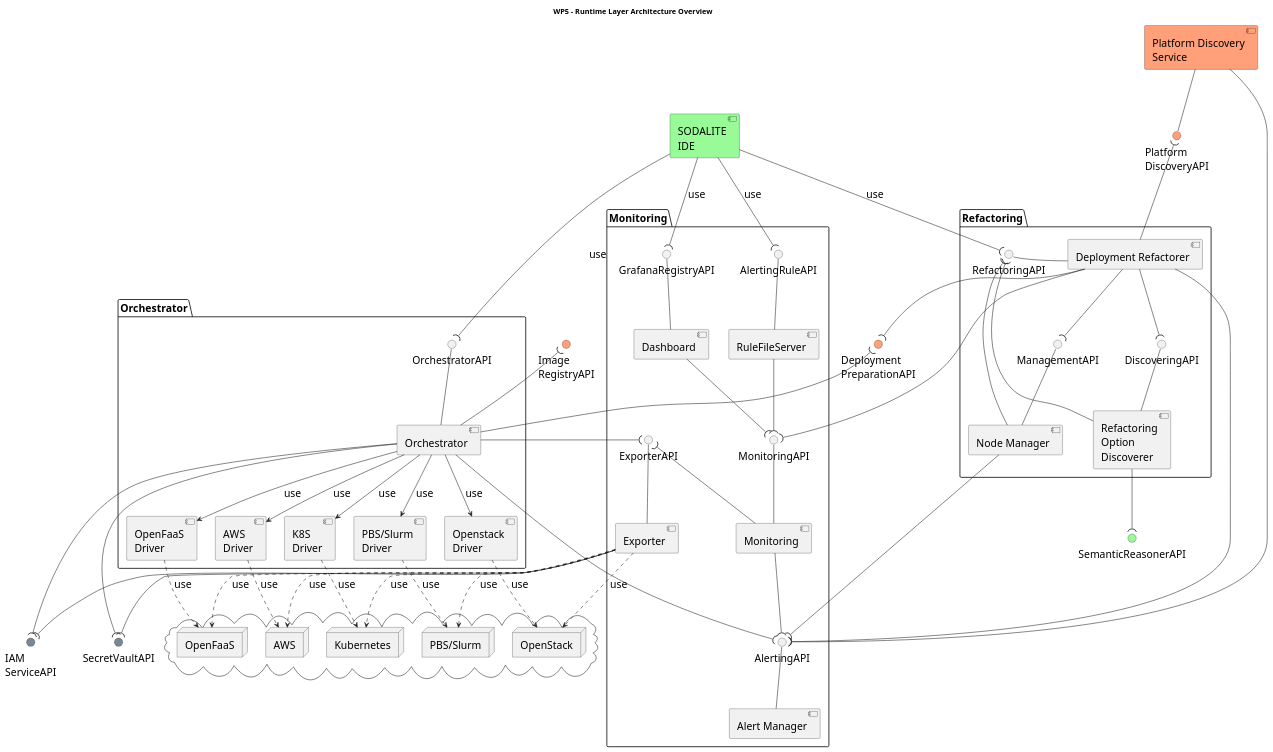
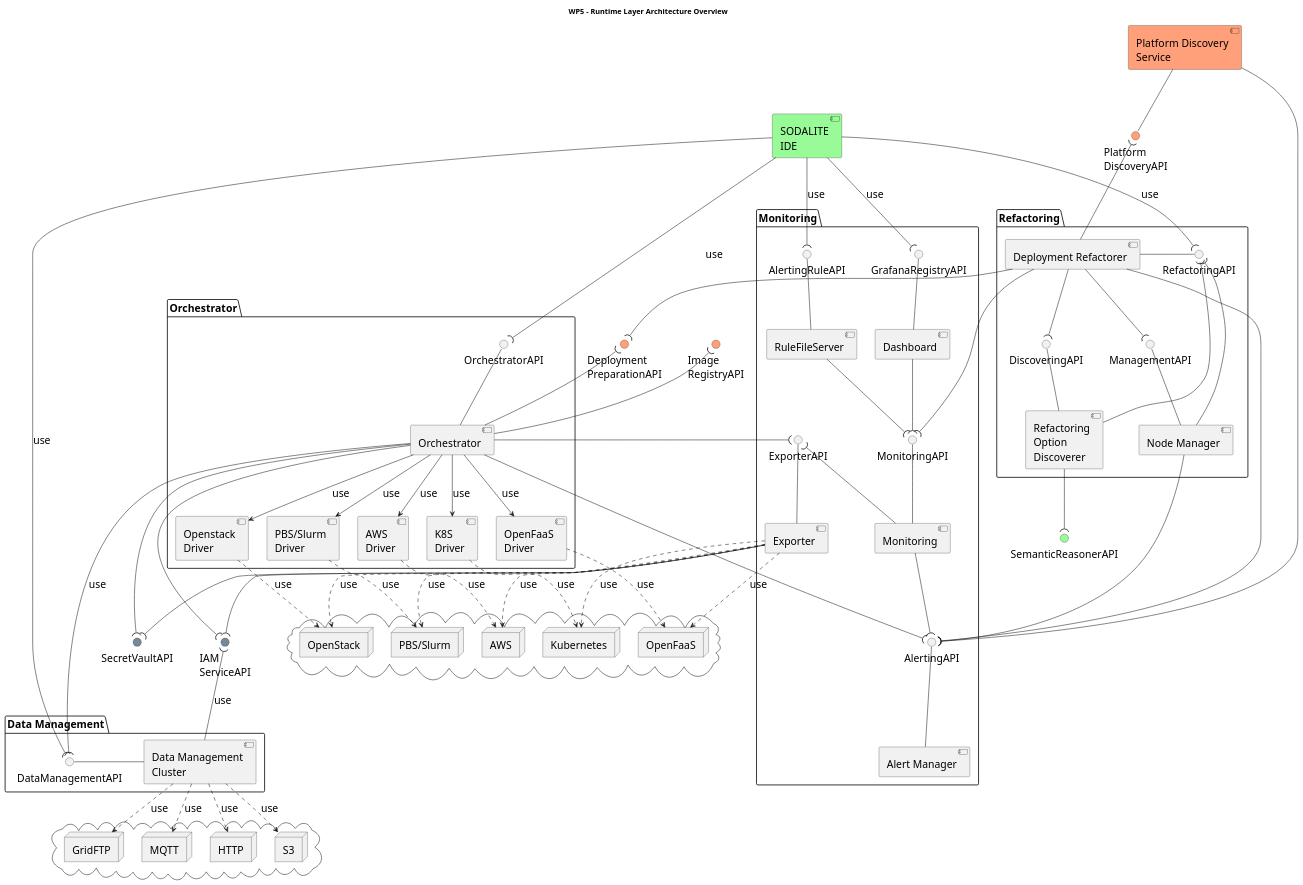
Before and after one commit to SODALITE-EU/project-wide-documentation: the diagram in uml/component-diagrams/CD-WP5-ArchitectureOverview.puml, drawn with PlantUML.

Commit message:
WP5 architecture, adding Data Management block

```diff
--- a/uml/component-diagrams/CD-WP5-ArchitectureOverview.puml
+++ b/uml/component-diagrams/CD-WP5-ArchitectureOverview.puml
@@ -1,128 +1,152 @@
 @startuml
 
 title WP5 - Runtime Layer Architecture Overview
 
 skinparam fixCircleLabelOverlapping true 
 skinparam defaultFontSize 20
 
 [SODALITE\nIDE] as ide #PaleGreen
 interface "SemanticReasonerAPI" as sem #PaleGreen
 
 package "Orchestrator" as orch {
     component [Orchestrator] as orch_impl
     interface "OrchestratorAPI" as orch_if
     component [Openstack\nDriver] as os_driver
     component [K8S\nDriver] as k8s_driver
     component [PBS/Slurm\nDriver] as torque_driver
     component [OpenFaaS\nDriver] as faas_driver
     component [AWS\nDriver] as aws_driver
     orch_impl -u- orch_if
 }
 
 package "Monitoring" as mon {
     [Monitoring] as mon_impl
     () "MonitoringAPI" as mon_if
     [Dashboard] as dash
     () "GrafanaRegistryAPI" as grafana_if
     [Exporter] as exp
     () "ExporterAPI" as exp_if
     [Alert Manager] as alert_mngr
     () "AlertingAPI"  as alert_if
     alert_mngr -u- alert_if
     [RuleFileServer] as rule_server
     () "AlertingRuleAPI" as alert_rule_if
     mon_impl -u- mon_if
     exp -u- exp_if
     rule_server -u- alert_rule_if
     rule_server --( mon_if
     dash -u- grafana_if
 }
 
 package "Refactoring" as refactor {
     interface "RefactoringAPI" as ref_if
     interface "DiscoveringAPI" as dis_if
     interface "ManagementAPI" as mng_if
     component [Deployment Refactorer] as ref_depl
     component [Refactoring\nOption\nDiscoverer] as ref_opt
     component [Node Manager] as ref_node
     dis_if -d- ref_opt
     mng_if -d- ref_node
     ref_if - ref_depl
 }
 
 cloud {
     node OpenStack
     node Kubernetes as K8S
     node "PBS/Slurm" as PBS
     node OpenFaaS
     node AWS
 }
 
 'WP4 APIs
 interface "Deployment\nPreparationAPI" as depl_prep #LightSalmon
 interface "Image\nRegistryAPI" as image_reg #LightSalmon
 
 'Security APIs
 interface "IAM\nServiceAPI" as IAMApi #LightSlateGrey
 interface "SecretVaultAPI" as VaultAPI #LightSlateGrey
 
 'PDS APIs
 [Platform Discovery\nService] as pds #LightSalmon
 interface "Platform\nDiscoveryAPI" as PDSApi #LightSalmon
 pds -d- PDSApi
 pds --( alert_if
 
 'Monitoring
 mon_impl -u-( exp_if
 dash --( mon_if
 mon_impl --( alert_if
 
 exp --( VaultAPI
 exp --( IAMApi
 
 
 'Refactoring
 ref_opt --( ref_if
 ref_node --( ref_if
 ref_opt --( sem
 
 ref_depl --( mng_if
 ref_depl --( dis_if
 ref_depl --( depl_prep
 
 ref_node --( alert_if
 ref_depl --( alert_if
 ref_depl --( mon_if
 orch_impl --( alert_if
 orch_impl --( exp_if
 ref_depl -u-( PDSApi
 
 
 orch_impl --> os_driver : use
 orch_impl --> k8s_driver : use
 orch_impl --> torque_driver : use
 orch_impl --> aws_driver : use
 orch_impl --> faas_driver : use
 
 orch_impl -u-( depl_prep
 orch_impl -u-( image_reg
 orch_impl --( IAMApi
 orch_impl --( VaultAPI
 
 os_driver ..> OpenStack : use
 k8s_driver ..> K8S : use
 faas_driver ..> OpenFaaS : use
 aws_driver ..> AWS : use
 torque_driver ..> PBS : use
 
 exp .d.> OpenStack : use
 exp .d.> K8S : use
 exp .d.> PBS : use
 exp .d.> OpenFaaS : use
 exp .d.> AWS : use
 
 ide --( orch_if : use
 ide --( grafana_if : use
 ide --( alert_rule_if : use
 ide --( ref_if : use
+
+'Data Management
+package "Data Management" as dm {
+    component [Data Management\nCluster] as dm_cluster
+    interface "DataManagementAPI" as dm_if
+    dm_cluster - dm_if
+}
+
+dm_cluster -u-( IAMApi : use
+ide --( dm_if : use
+orch_impl --( dm_if : use
+
+cloud {
+    node GridFTP
+    node MQTT
+    node HTTP
+    node S3
+}
+
+dm_cluster .d.> GridFTP : use
+dm_cluster .d.> MQTT : use
+dm_cluster .d.> HTTP : use
+dm_cluster .d.> S3 : use
+
 @enduml
```
